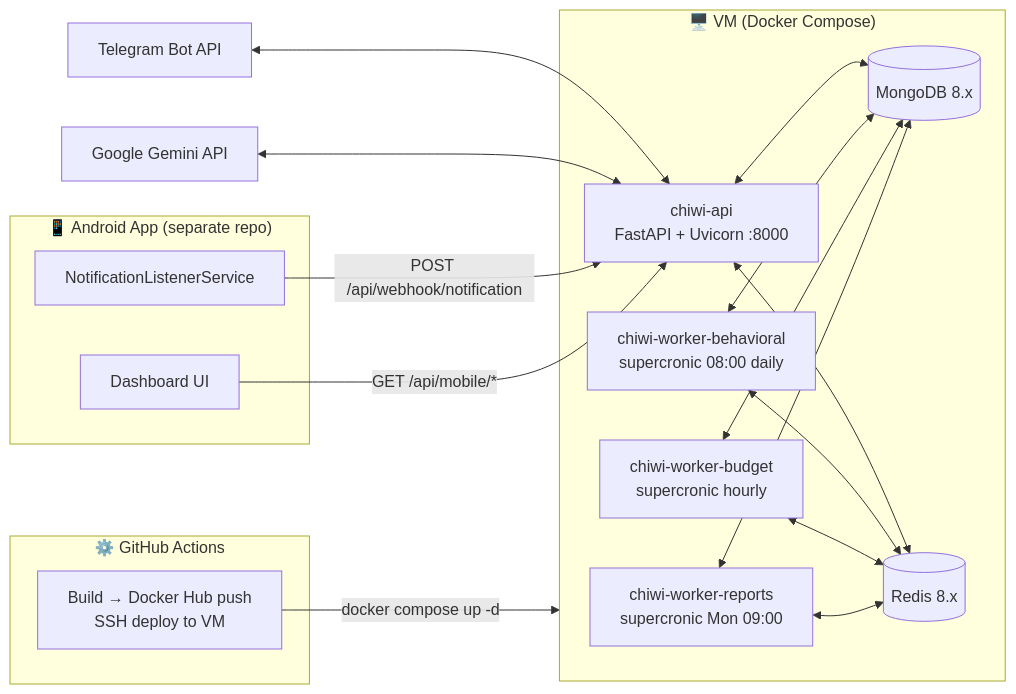
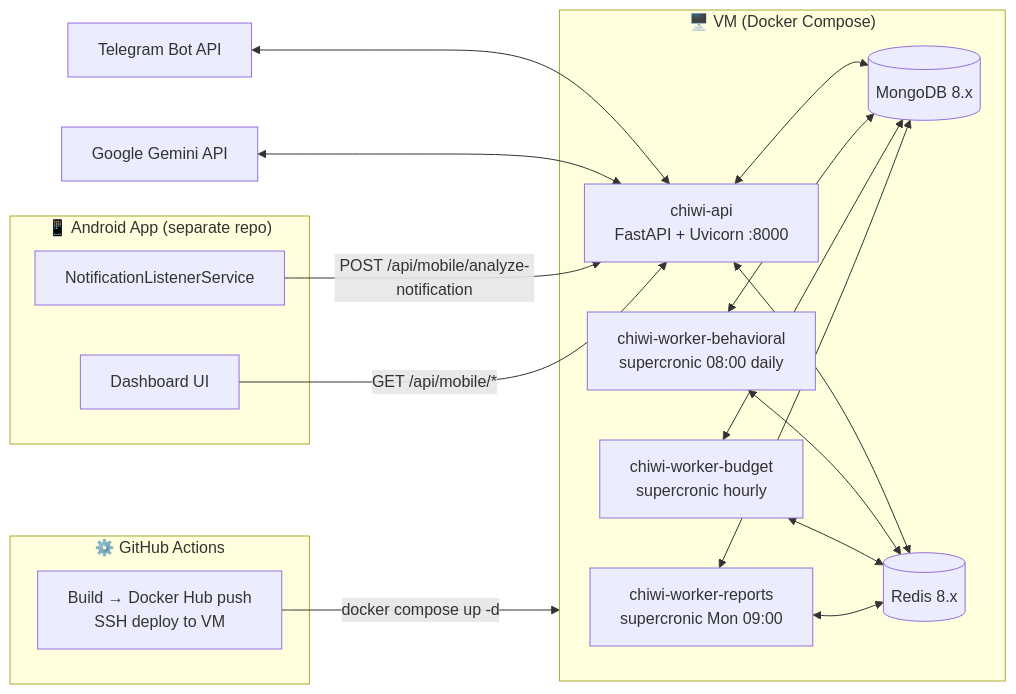
The second of 2 diagrams in docs/ARCHITECTURE.md (nqhuy44/chiwi), drawn with Mermaid before and after one commit. The commit also changed 8 other files, not shown here.

Commit message:
add api mobile analyze notification

````diff
--- a/docs/ARCHITECTURE.md
+++ b/docs/ARCHITECTURE.md
@@ -115,28 +115,28 @@
 ```mermaid
 graph LR
     subgraph GH ["⚙️ GitHub Actions"]
         CI["Build → Docker Hub push<br/>SSH deploy to VM"]
     end
 
     subgraph VM ["🖥️ VM (Docker Compose)"]
         APP["chiwi-api<br/>FastAPI + Uvicorn :8000"]
         WB["chiwi-worker-behavioral<br/>supercronic 08:00 daily"]
         WBU["chiwi-worker-budget<br/>supercronic hourly"]
         WR["chiwi-worker-reports<br/>supercronic Mon 09:00"]
         MONGO[("MongoDB 8.x")]
         REDIS[("Redis 8.x")]
     end
 
     subgraph Android ["📱 Android App (separate repo)"]
         NOTIF["NotificationListenerService"]
         DASH["Dashboard UI"]
     end
 
     TG["Telegram Bot API"] <--> APP
     GEMINI["Google Gemini API"] <--> APP
     APP <--> MONGO & REDIS
     WB & WBU & WR <--> MONGO & REDIS
-    NOTIF -->|POST /api/webhook/notification| APP
+    NOTIF -->|POST /api/mobile/analyze-notification| APP
     DASH -->|GET /api/mobile/*| APP
     CI -->|docker compose up -d| VM
 ```
````
